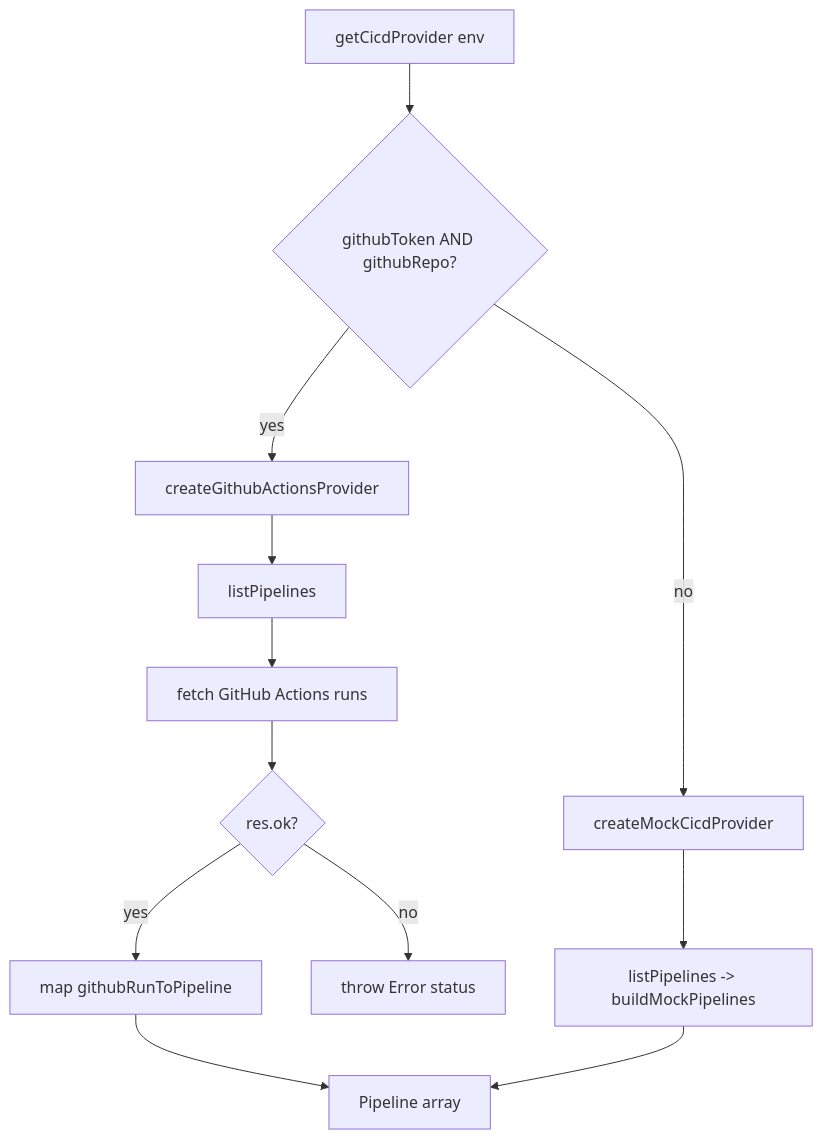
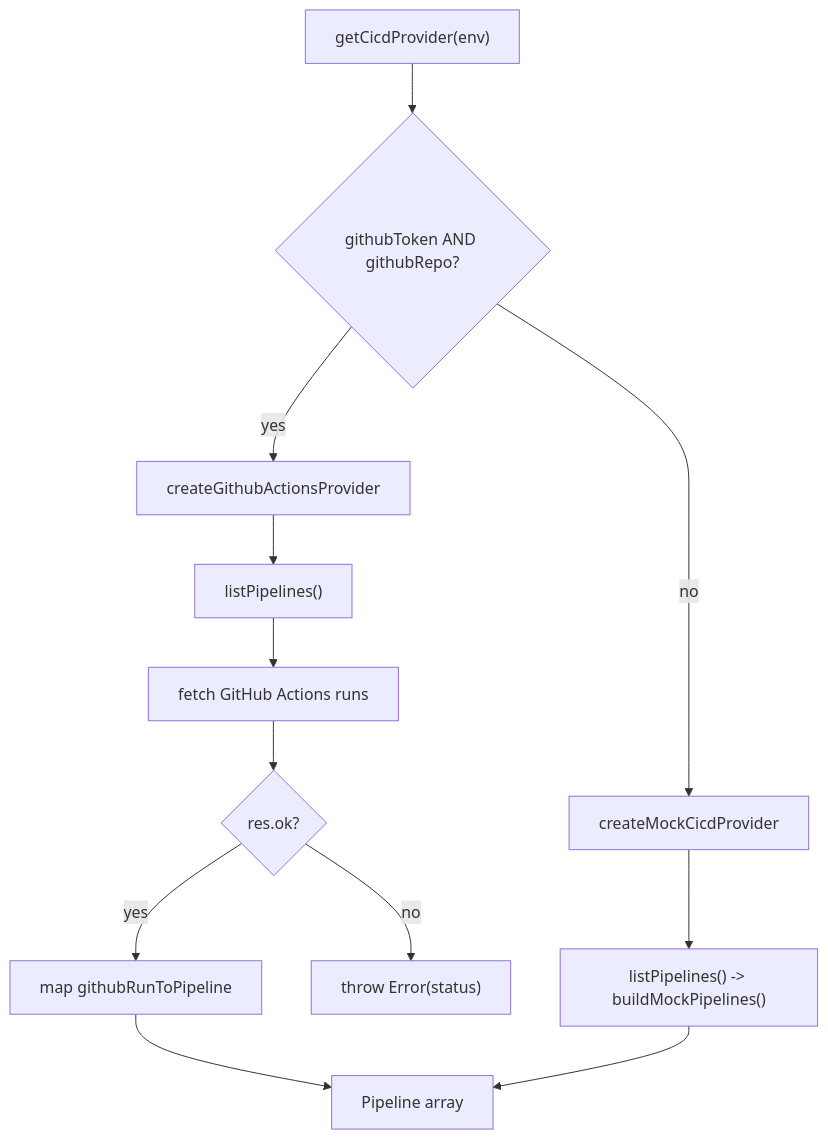
The diagram in docs-site/src/content/docs/backend/integrations/cicd.md (Gunashekharp/sdlc-sample-worflow), drawn with Mermaid before and after one commit. The commit also changed other lines of this file and 30 other files, not shown here.

````diff
--- a/docs-site/src/content/docs/backend/integrations/cicd.md
+++ b/docs-site/src/content/docs/backend/integrations/cicd.md
@@ -425,14 +425,14 @@
 ```mermaid
 flowchart TD
-  A[getCicdProvider env] --> B{githubToken AND githubRepo?}
-  B -- yes --> C[createGithubActionsProvider]
-  B -- no --> D[createMockCicdProvider]
-  C --> E[listPipelines]
-  D --> F[listPipelines -> buildMockPipelines]
-  E --> G[fetch GitHub Actions runs]
-  G --> H{res.ok?}
-  H -- no --> I[throw Error status]
-  H -- yes --> J[map githubRunToPipeline]
-  J --> K[Pipeline array]
+  A["getCicdProvider(env)"] --> B{"githubToken AND githubRepo?"}
+  B -->|"yes"| C["createGithubActionsProvider"]
+  B -->|"no"| D["createMockCicdProvider"]
+  C --> E["listPipelines()"]
+  D --> F["listPipelines() -&gt; buildMockPipelines()"]
+  E --> G["fetch GitHub Actions runs"]
+  G --> H{"res.ok?"}
+  H -->|"no"| I["throw Error(status)"]
+  H -->|"yes"| J["map githubRunToPipeline"]
+  J --> K["Pipeline array"]
   F --> K
 ```
````
